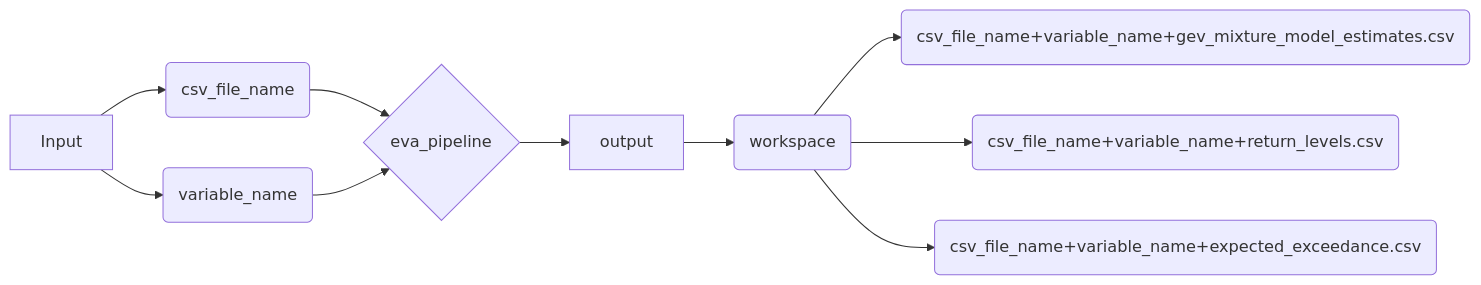
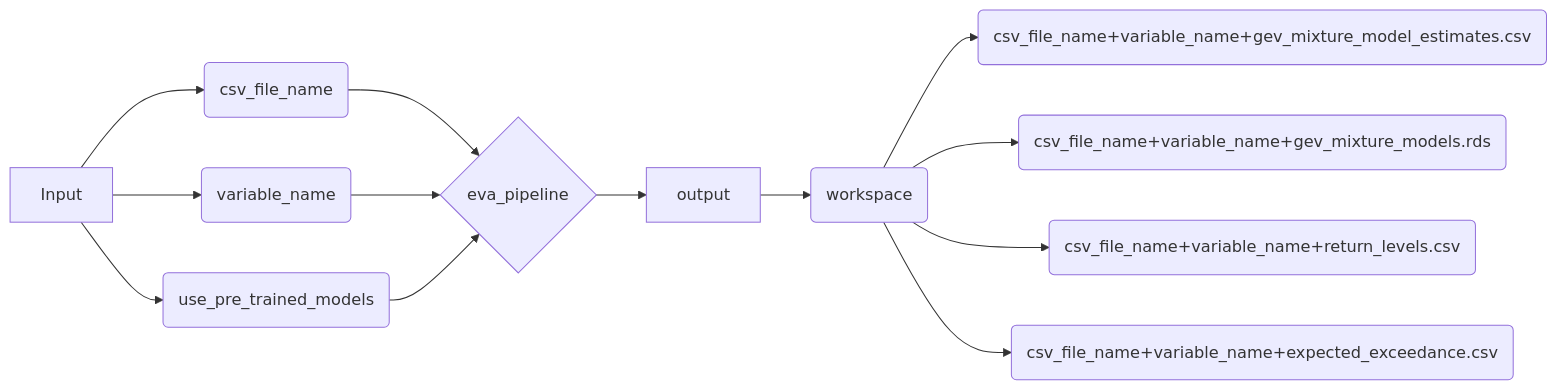
Before and after one commit to pdkengne/evops_manual: the seventh of 7 diagrams in model-operations.qmd, drawn with Mermaid. The commit also changed other lines of this file and 9 other files, not shown here.

Commit message:
add option to use pre-trained models

````diff
--- a/model-operations.qmd
+++ b/model-operations.qmd
@@ -283,12 +321,15 @@
 ```{mermaid}
 flowchart LR
   I[Input] --> A(csv_file_name)
   I[Input] --> B(variable_name)
+  I[Input] --> C1(use_pre_trained_models)
   A --> C{eva_pipeline}
   B --> C
+  C1 --> C
   C --> O[output]
   O --> D(workspace)
   D --> D1(csv_file_name+variable_name+gev_mixture_model_estimates.csv)
+  D --> D4(csv_file_name+variable_name+gev_mixture_models.rds)
   D --> D2(csv_file_name+variable_name+return_levels.csv)
   D --> D3(csv_file_name+variable_name+expected_exceedance.csv)
 ```
````
